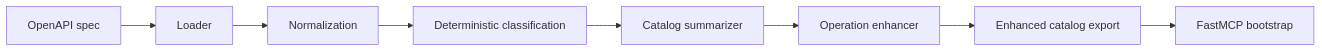
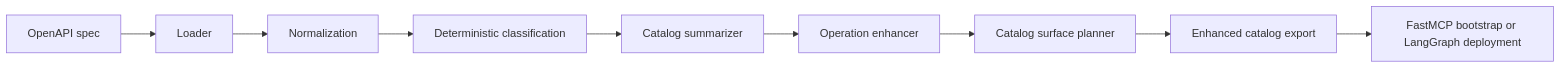
One commit to pr1m8/oas2mcp changed the diagram in docs/source/architecture.rst. Above: the diagram before and after it, drawn with Mermaid. The commit also changed other lines of this file, not shown here.

Commit message:
docs(architecture): Update architecture documentation to reflect changes in pipeline components and responsibilities, including new surface planning and deployment details

```diff
--- a/docs/source/architecture.rst
+++ b/docs/source/architecture.rst
@@ -4,10 +4,11 @@
 .. mermaid::
 
    flowchart LR
        A[OpenAPI spec] --> B[Loader]
        B --> C[Normalization]
        C --> D[Deterministic classification]
        D --> E[Catalog summarizer]
        E --> F[Operation enhancer]
-       F --> G[Enhanced catalog export]
-       G --> H[FastMCP bootstrap]
+       F --> G[Catalog surface planner]
+       G --> H[Enhanced catalog export]
+       H --> I[FastMCP bootstrap or LangGraph deployment]
```
